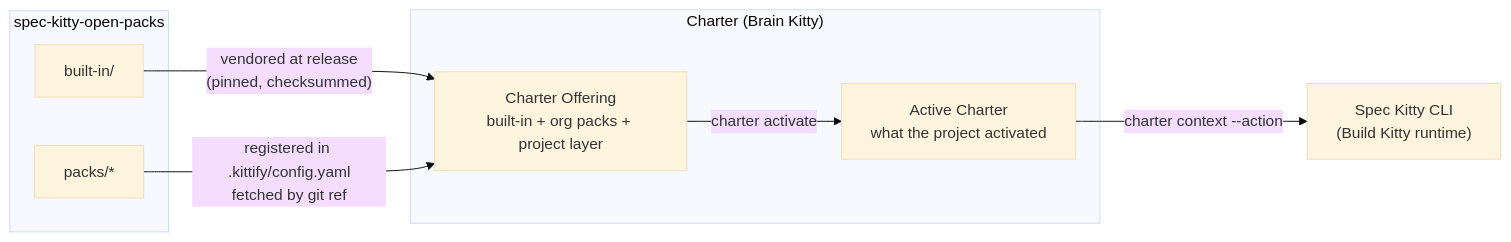
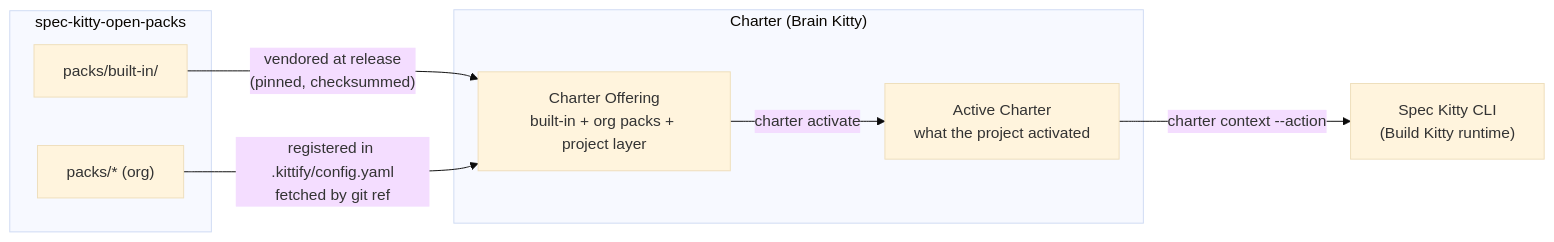
One commit to spec-kitty/spec-kitty-open-packs changed the diagram in docs/index.md. Above: the diagram before and after it, drawn with Mermaid (base theme). The commit also changed other lines of this file and 517 other files, not shown here.

First line of the commit message:
refactor(built-in): move the built-in pack under packs/

````diff
--- a/docs/index.md
+++ b/docs/index.md
@@ -40,16 +40,16 @@
 ```mermaid
 flowchart LR
   subgraph OP["spec-kitty-open-packs"]
-    BI["built-in/"]
-    PK["packs/*"]
+    BI["packs/built-in/"]
+    PK["packs/* (org)"]
   end
   subgraph CH["Charter (Brain Kitty)"]
     OF["Charter Offering<br/>built-in + org packs + project layer"]
     AC["Active Charter<br/>what the project activated"]
   end
   CLI["Spec Kitty CLI<br/>(Build Kitty runtime)"]
   BI -- "vendored at release<br/>(pinned, checksummed)" --> OF
   PK -- "registered in .kittify/config.yaml<br/>fetched by git ref" --> OF
   OF -- "charter activate" --> AC
   AC -- "charter context --action" --> CLI
 ```
````
